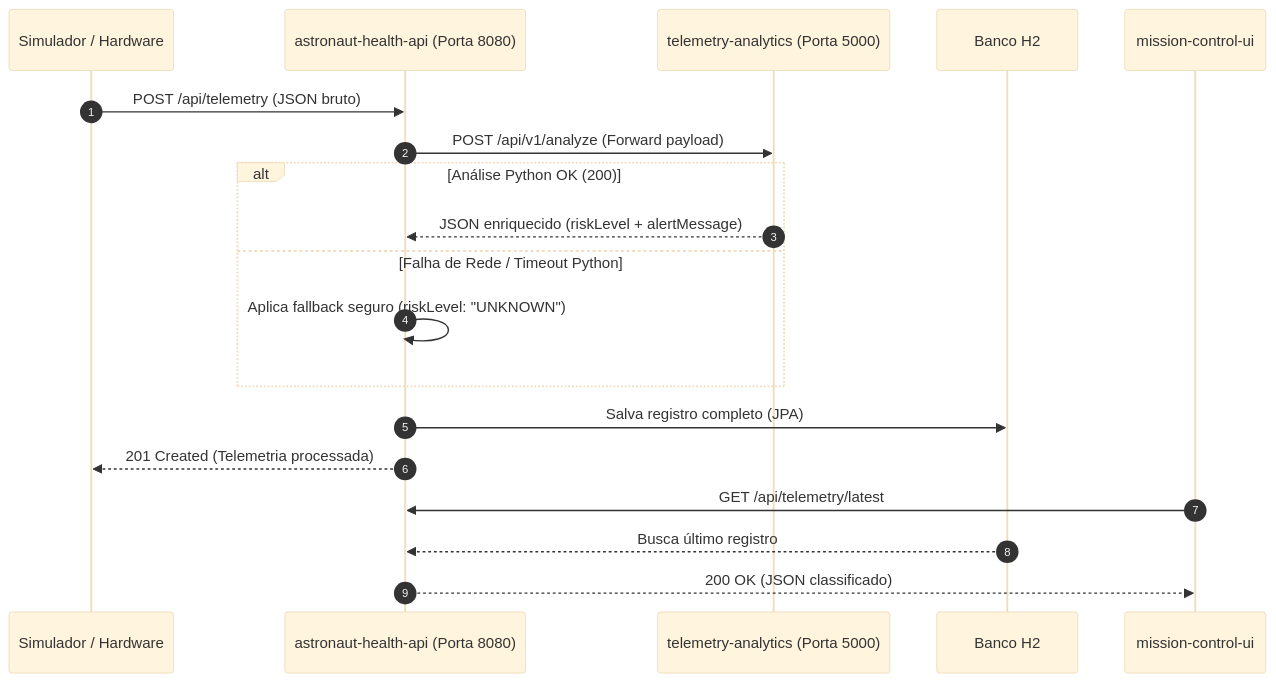
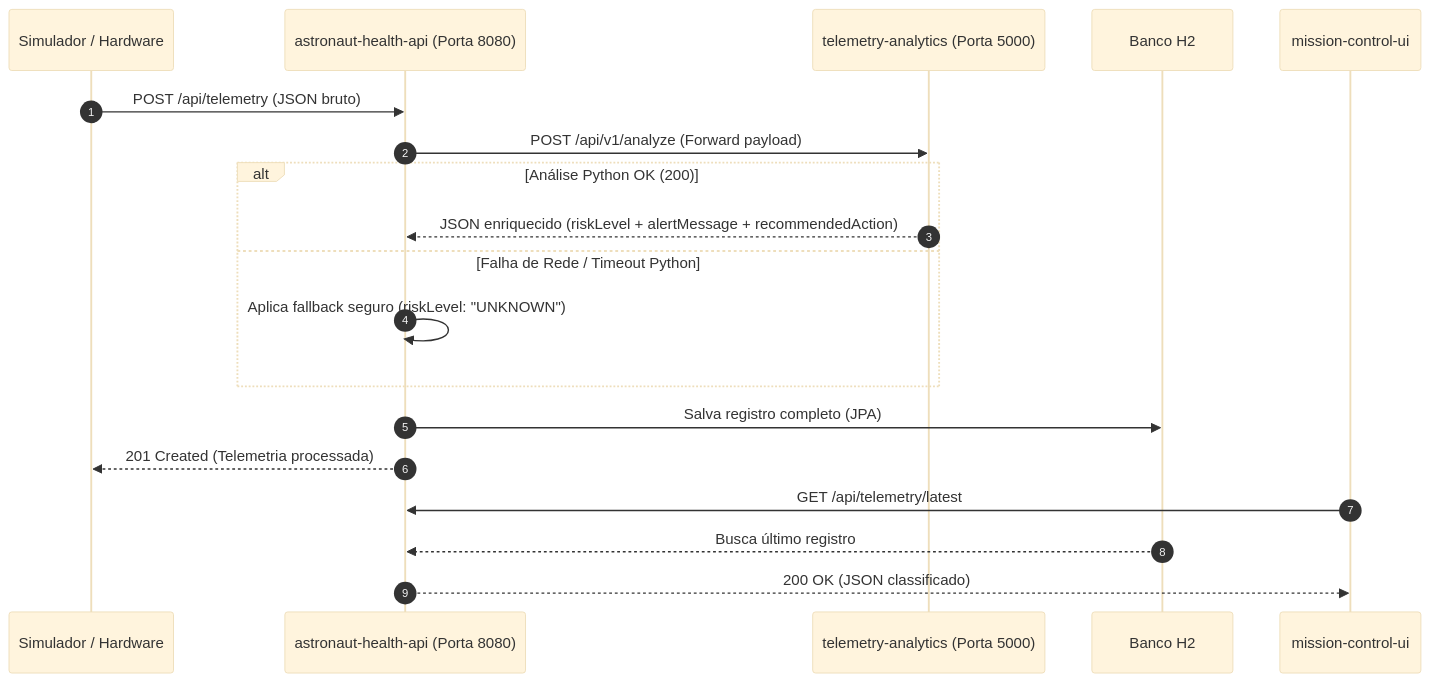
Before and after one commit to rapadura-cosmica-nasa/astronaut-health-api: the diagram in README.md, drawn with Mermaid (base theme). The commit also changed other lines of this file, not shown here.

````diff
--- a/README.md
+++ b/README.md
@@ -25,25 +25,25 @@
 ```mermaid
 sequenceDiagram
     autonumber
     participant Edge as Simulador / Hardware
     participant JavaAPI as astronaut-health-api (Porta 8080)
     participant PythonAPI as telemetry-analytics (Porta 5000)
     participant DB as Banco H2
     participant UI as mission-control-ui
 
     Edge->>JavaAPI: POST /api/telemetry (JSON bruto)
     JavaAPI->>PythonAPI: POST /api/v1/analyze (Forward payload)
     
     alt Análise Python OK (200)
-        PythonAPI-->>JavaAPI: JSON enriquecido (riskLevel + alertMessage)
+        PythonAPI-->>JavaAPI: JSON enriquecido (riskLevel + alertMessage + recommendedAction)
     else Falha de Rede / Timeout Python
         JavaAPI->>JavaAPI: Aplica fallback seguro (riskLevel: "UNKNOWN")
     end
 
     JavaAPI->>DB: Salva registro completo (JPA)
     JavaAPI-->>Edge: 201 Created (Telemetria processada)
 
     UI->>JavaAPI: GET /api/telemetry/latest
     DB-->>JavaAPI: Busca último registro
     JavaAPI-->>UI: 200 OK (JSON classificado)
 ```
````
